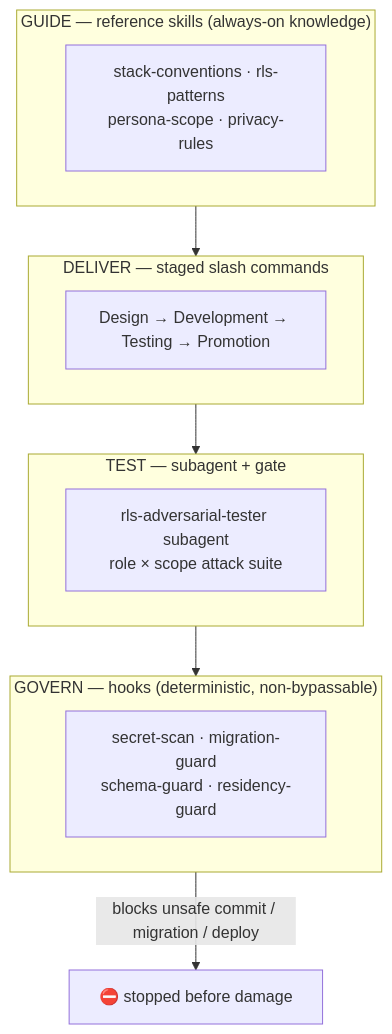
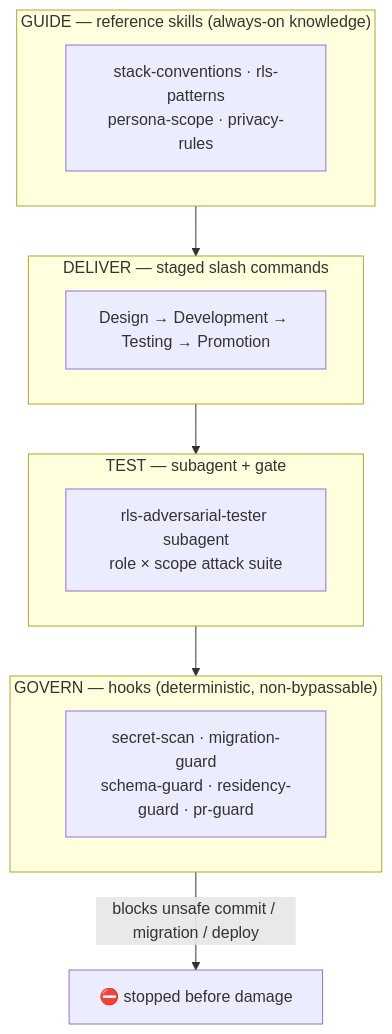
The seventh of 9 diagrams in .docs/3_ARCHITECTURE.md (cmdfw-bv/CMDFW-BalaVihar-App), drawn with Mermaid before and after one commit. The commit also changed other lines of this file and 6 other files, not shown here.

````diff
--- a/.docs/3_ARCHITECTURE.md
+++ b/.docs/3_ARCHITECTURE.md
@@ -463,17 +463,17 @@
 ```mermaid
 flowchart TB
     subgraph guide["GUIDE — reference skills (always-on knowledge)"]
         g1["stack-conventions · rls-patterns<br/>persona-scope · privacy-rules"]
     end
     subgraph deliver["DELIVER — staged slash commands"]
         d1["Design → Development → Testing → Promotion"]
     end
     subgraph test["TEST — subagent + gate"]
         t1["rls-adversarial-tester subagent<br/>role × scope attack suite"]
     end
     subgraph govern["GOVERN — hooks (deterministic, non-bypassable)"]
-        h1["secret-scan · migration-guard<br/>schema-guard · residency-guard"]
+        h1["secret-scan · migration-guard<br/>schema-guard · residency-guard · pr-guard"]
     end
     guide --> deliver --> test --> govern
     govern -->|"blocks unsafe commit / migration / deploy"| stop["⛔ stopped before damage"]
 ```
````
